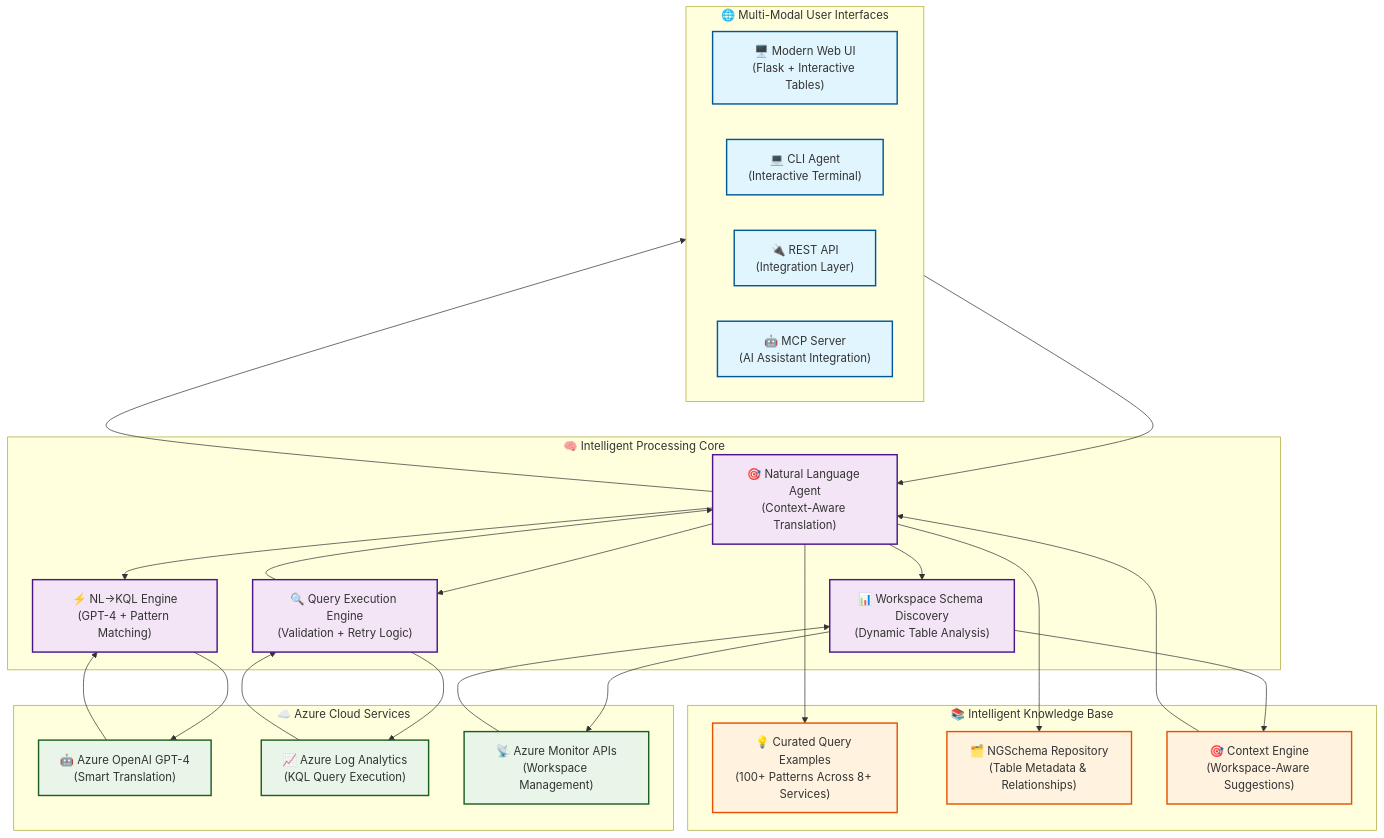
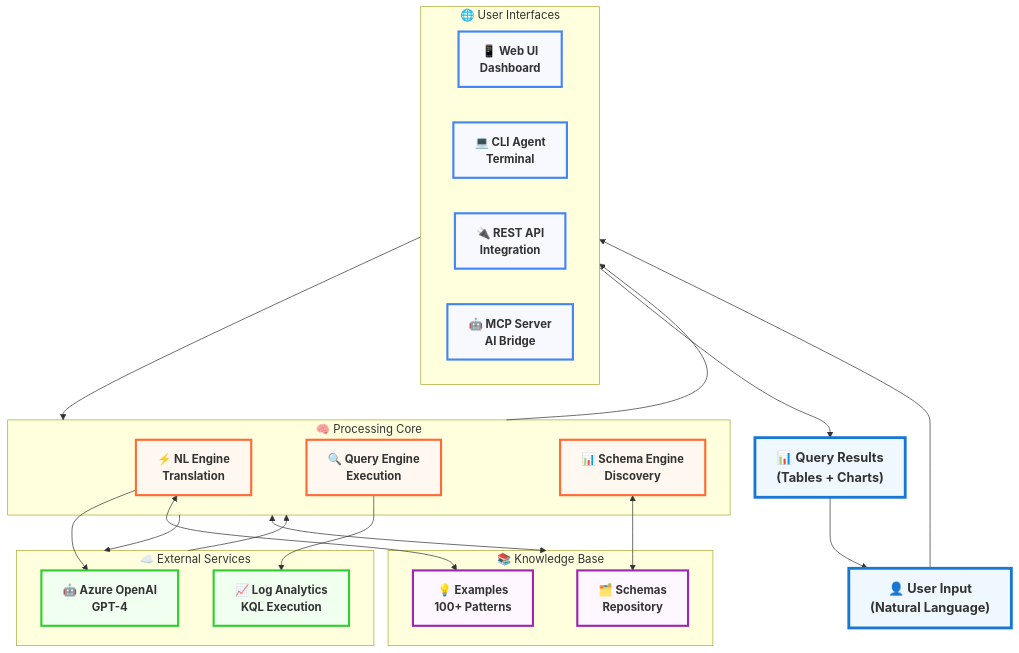
Before and after one commit to noakup/AzMonLogsAgent: the diagram in HACKATHON_SYSTEM_DIAGRAM.md, drawn with Mermaid. The commit also changed 1 other file, not shown here.

Commit message:
chore: Update index.html and system diagram

````diff
--- a/HACKATHON_SYSTEM_DIAGRAM.md
+++ b/HACKATHON_SYSTEM_DIAGRAM.md
@@ -5,65 +5,63 @@
 ```mermaid
 flowchart TD
-    %% User Interfaces Layer
-    subgraph UI["🌐 Multi-Modal User Interfaces"]
-        WebUI["🖥️ Modern Web UI<br/>(Flask + Interactive Tables)"]
-        CLI["💻 CLI Agent<br/>(Interactive Terminal)"]
-        API["🔌 REST API<br/>(Integration Layer)"]
-        MCP["🤖 MCP Server<br/>(AI Assistant Integration)"]
+    %% User Layer
+    USER["👤 User Input<br/>(Natural Language)"]
+    
+    %% Interface Layer
+    subgraph UI["🌐 User Interfaces"]
+        WEB["📱 Web UI<br/>Dashboard"]
+        CLI["💻 CLI Agent<br/>Terminal"]
+        API["🔌 REST API<br/>Integration"]
+        MCP["🤖 MCP Server<br/>AI Bridge"]
     end
+    
+    %% Processing Core
+    subgraph CORE["🧠 Processing Core"]
+        NL["⚡ NL Engine<br/>Translation"]
+        QE["🔍 Query Engine<br/>Execution"]
+        SE["📊 Schema Engine<br/>Discovery"]
+    end
+    
+    %% External Services
+    subgraph EXT["☁️ External Services"]
+        OPENAI["🤖 Azure OpenAI<br/>GPT-4"]
+        LOGS["📈 Log Analytics<br/>KQL Execution"]
+    end
+    
+    %% Knowledge Layer
+    subgraph KB["📚 Knowledge Base"]
+        EXAMPLES["💡 Examples<br/>100+ Patterns"]
+        SCHEMAS["🗂️ Schemas<br/>Repository"]
+    end
+    
+    RESULTS["📊 Query Results<br/>(Tables + Charts)"]
 
-    %% Core Processing Engine
-    subgraph CORE["🧠 Intelligent Processing Core"]
-        NLAgent["🎯 Natural Language Agent<br/>(Context-Aware Translation)"]
-        Translator["⚡ NL→KQL Engine<br/>(GPT-4 + Pattern Matching)"]
-        QueryEngine["🔍 Query Execution Engine<br/>(Validation + Retry Logic)"]
-        SchemaEngine["📊 Workspace Schema Discovery<br/>(Dynamic Table Analysis)"]
-    end
+    %% Main Flow
+    USER --> UI
+    UI --> CORE
+    CORE --> EXT
+    CORE <--> KB
+    EXT --> CORE
+    CORE --> UI
+    UI --> RESULTS
+    RESULTS --> USER
 
-    %% External Services
-    subgraph AZURE["☁️ Azure Cloud Services"]
-        OpenAI["🤖 Azure OpenAI GPT-4<br/>(Smart Translation)"]
-        LogAnalytics["📈 Azure Log Analytics<br/>(KQL Query Execution)"]
-        Monitor["📡 Azure Monitor APIs<br/>(Workspace Management)"]
-    end
+    %% Internal Connections
+    NL --> OPENAI
+    QE --> LOGS
+    SE <--> SCHEMAS
+    NL <--> EXAMPLES
 
-    %% Knowledge Base
-    subgraph KB["📚 Intelligent Knowledge Base"]
-        Examples["💡 Curated Query Examples<br/>(100+ Patterns Across 8+ Services)"]
-        Schemas["🗂️ NGSchema Repository<br/>(Table Metadata & Relationships)"]
-        Context["🎯 Context Engine<br/>(Workspace-Aware Suggestions)"]
-    end
+    %% Large, Readable Styling
+    classDef interface fill:#f8f9ff,stroke:#4285f4,stroke-width:3px,font-size:16px,font-weight:bold
+    classDef core fill:#fff8f0,stroke:#ff6b35,stroke-width:3px,font-size:16px,font-weight:bold
+    classDef external fill:#f0fff0,stroke:#32cd32,stroke-width:3px,font-size:16px,font-weight:bold
+    classDef knowledge fill:#fef7ff,stroke:#9c27b0,stroke-width:3px,font-size:16px,font-weight:bold
+    classDef userResult fill:#f0f8ff,stroke:#1976d2,stroke-width:4px,font-size:18px,font-weight:bold
 
-    %% Data Flow
-    UI --> NLAgent
-    NLAgent --> Translator
-    NLAgent --> SchemaEngine
-    Translator --> OpenAI
-    NLAgent --> QueryEngine
-    QueryEngine --> LogAnalytics
-    SchemaEngine --> Monitor
-    
-    %% Knowledge Integration
-    NLAgent --> Examples
-    NLAgent --> Schemas
-    SchemaEngine --> Context
-    Context --> NLAgent
-
-    %% Response Flow
-    LogAnalytics --> QueryEngine
-    QueryEngine --> NLAgent
-    OpenAI --> Translator
-    Monitor --> SchemaEngine
-    NLAgent --> UI
-
-    %% Styling
-    classDef userInterface fill:#e1f5fe,stroke:#01579b,stroke-width:2px
-    classDef coreEngine fill:#f3e5f5,stroke:#4a148c,stroke-width:2px
-    classDef azureService fill:#e8f5e8,stroke:#1b5e20,stroke-width:2px
-    classDef knowledge fill:#fff3e0,stroke:#e65100,stroke-width:2px
-
-    class WebUI,CLI,API,MCP userInterface
-    class NLAgent,Translator,QueryEngine,SchemaEngine coreEngine
-    class OpenAI,LogAnalytics,Monitor azureService
-    class Examples,Schemas,Context knowledge
+    class WEB,CLI,API,MCP interface
+    class NL,QE,SE core
+    class OPENAI,LOGS external
+    class EXAMPLES,SCHEMAS knowledge
+    class USER,RESULTS userResult
 ```
````
